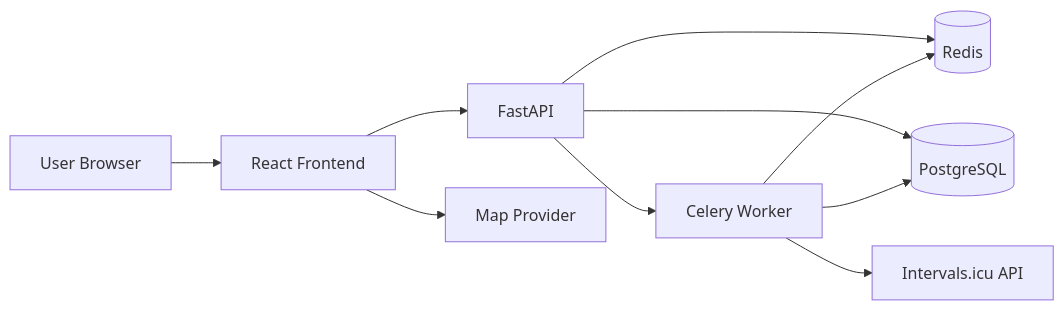
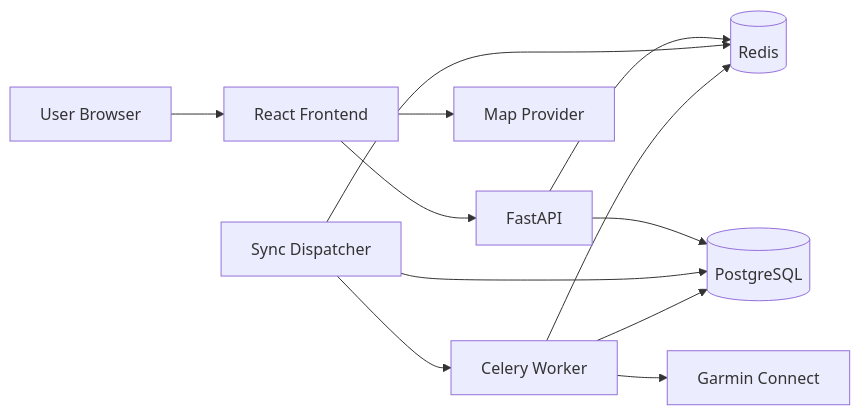
Before and after one commit to jirijanecek77/strava-insights: the first of 2 diagrams in docs/specification.md, drawn with Mermaid. The commit also changed other lines of this file and 39 other files, not shown here.

Commit message:
improve sync reliability: add durable outbox and dispatcher, healthchecks, Garmin migration adjustments

````diff
--- a/docs/specification.md
+++ b/docs/specification.md
@@ -106,12 +113,14 @@
 ```mermaid
 flowchart LR
     U[User Browser] --> FE[React Frontend]
     FE --> API[FastAPI]
     FE --> MAPY[Map Provider]
     API --> R[(Redis)]
     API --> DB[(PostgreSQL)]
-    API --> W[Celery Worker]
-    W --> INTERVALS[Intervals.icu API]
+    D[Sync Dispatcher] --> DB
+    D --> R
+    D --> W[Celery Worker]
+    W --> GARMIN[Garmin Connect]
     W --> DB
     W --> R
 ```
````
